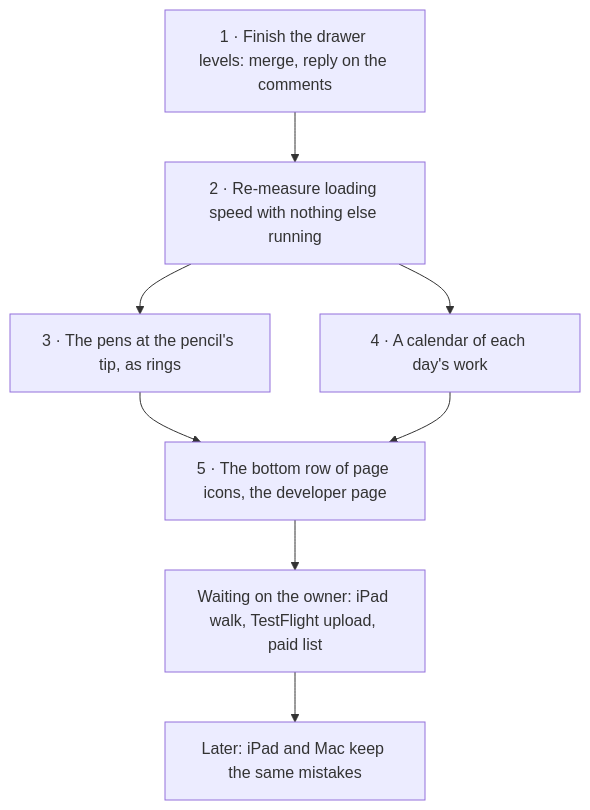
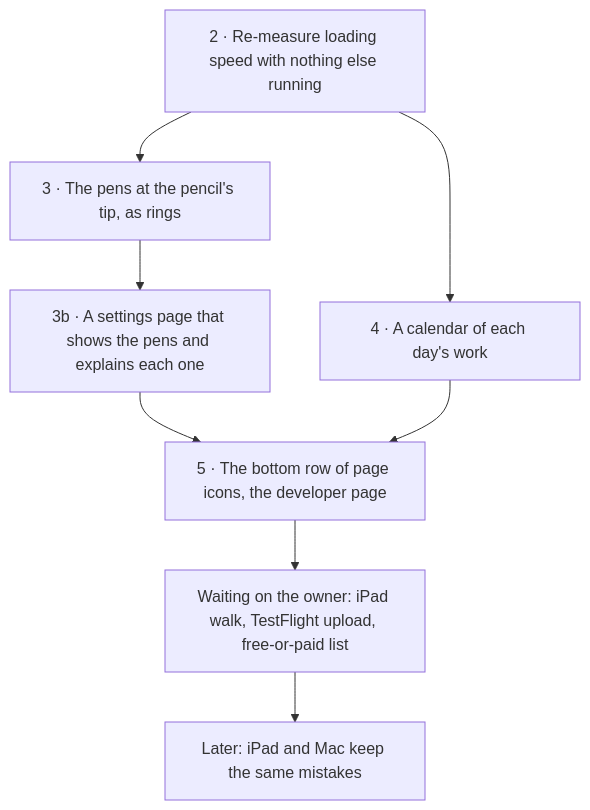
Before and after one commit to omars-lab/hifth: the diagram in .claude/plans/open-work-2026-11.md, drawn with Mermaid. The commit also changed other lines of this file and 1 other file, not shown here.

First line of the commit message:
Make the open-work plan enough to start a new session from, and add the pencil settings page

````diff
--- a/.claude/plans/open-work-2026-11.md
+++ b/.claude/plans/open-work-2026-11.md
@@ -11,10 +14,10 @@
 ```mermaid
 flowchart TD
-  A[1 · Finish the drawer levels: merge, reply on the comments] --> B[2 · Re-measure loading speed with nothing else running]
-  B --> C[3 · The pens at the pencil's tip, as rings]
+  B[2 · Re-measure loading speed with nothing else running] --> C[3 · The pens at the pencil's tip, as rings]
+  C --> C2[3b · A settings page that shows the pens and explains each one]
   B --> D[4 · A calendar of each day's work]
-  C --> E[5 · The bottom row of page icons, the developer page]
+  C2 --> E[5 · The bottom row of page icons, the developer page]
   D --> E
-  E --> F[Waiting on the owner: iPad walk, TestFlight upload, paid list]
+  E --> F[Waiting on the owner: iPad walk, TestFlight upload, free-or-paid list]
   F --> G[Later: iPad and Mac keep the same mistakes]
 ```
````
